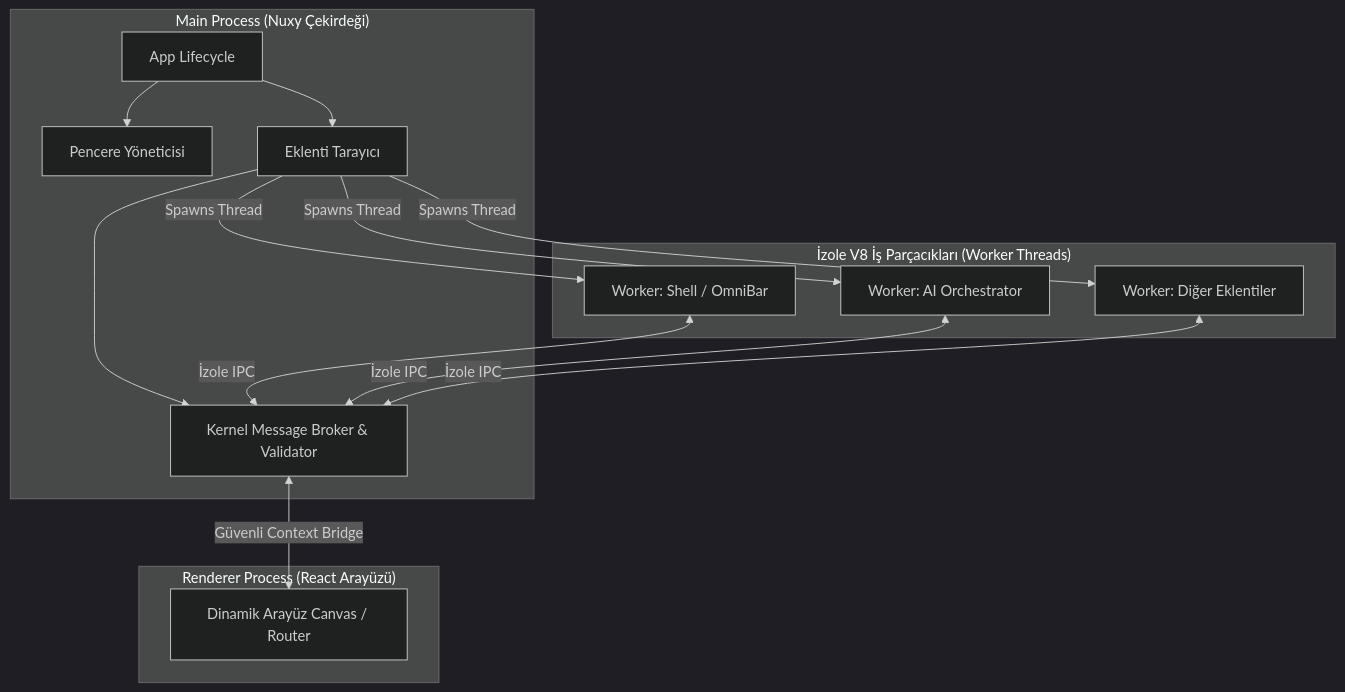
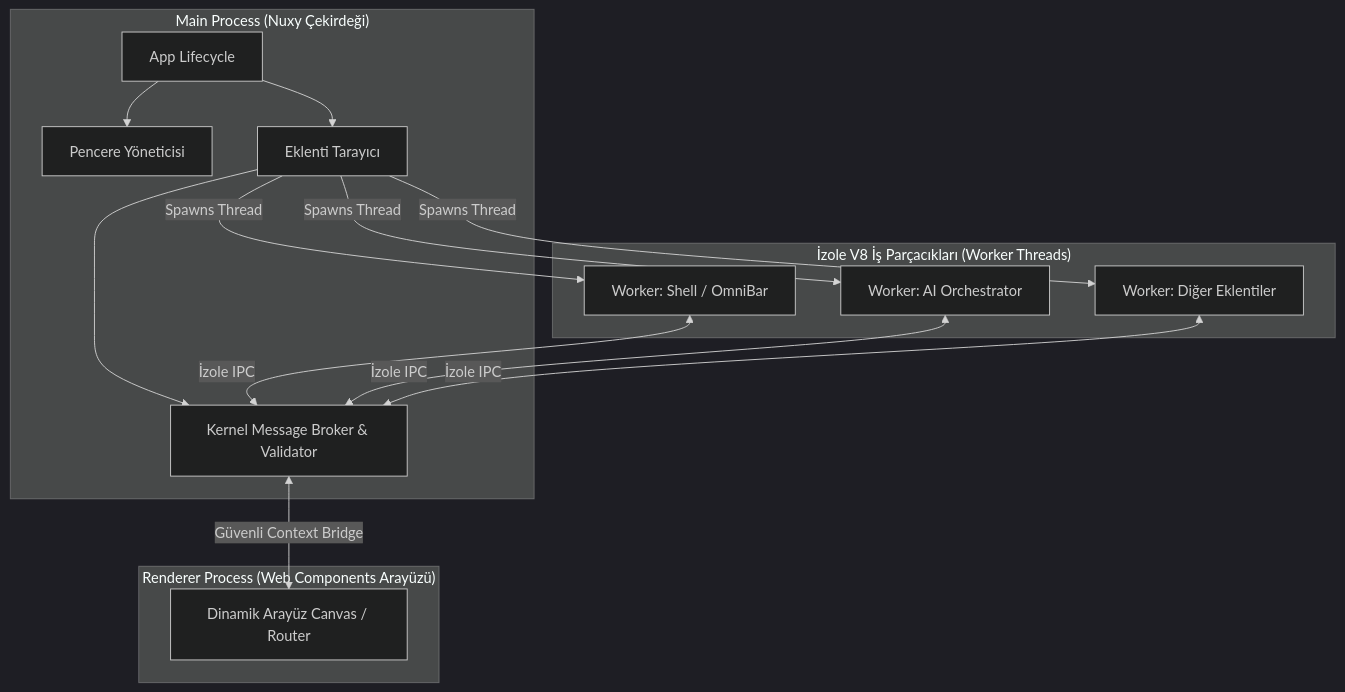
Before and after one commit to nuxyorg/nuxy: the diagram in docs/project-analysis/01-general-overview.md, drawn with Mermaid (dark theme). The commit also changed other lines of this file and 976 other files, not shown here.

````diff
--- a/docs/project-analysis/01-general-overview.md
+++ b/docs/project-analysis/01-general-overview.md
@@ -20,33 +20,33 @@
 ```mermaid
 graph TD
     subgraph "Main Process (Nuxy Çekirdeği)"
         App[App Lifecycle]
         WinMgr[Pencere Yöneticisi]
         Broker[Kernel Message Broker & Validator]
         Loader[Eklenti Tarayıcı]
 
         App --> WinMgr
         App --> Loader
         Loader --> Broker
     end
 
     subgraph "İzole V8 İş Parçacıkları (Worker Threads)"
         Worker1[Worker: Shell / OmniBar]
         Worker2[Worker: AI Orchestrator]
         Worker3[Worker: Diğer Eklentiler]
     end
 
-    subgraph "Renderer Process (React Arayüzü)"
+    subgraph "Renderer Process (Web Components Arayüzü)"
         CoreUI[Dinamik Arayüz Canvas / Router]
     end
 
     Loader -- Spawns Thread --> Worker1
     Loader -- Spawns Thread --> Worker2
     Loader -- Spawns Thread --> Worker3
 
     Worker1 <-->|İzole IPC| Broker
     Worker2 <-->|İzole IPC| Broker
     Worker3 <-->|İzole IPC| Broker
 
     Broker <-->|Güvenli Context Bridge| CoreUI
 ```
````
